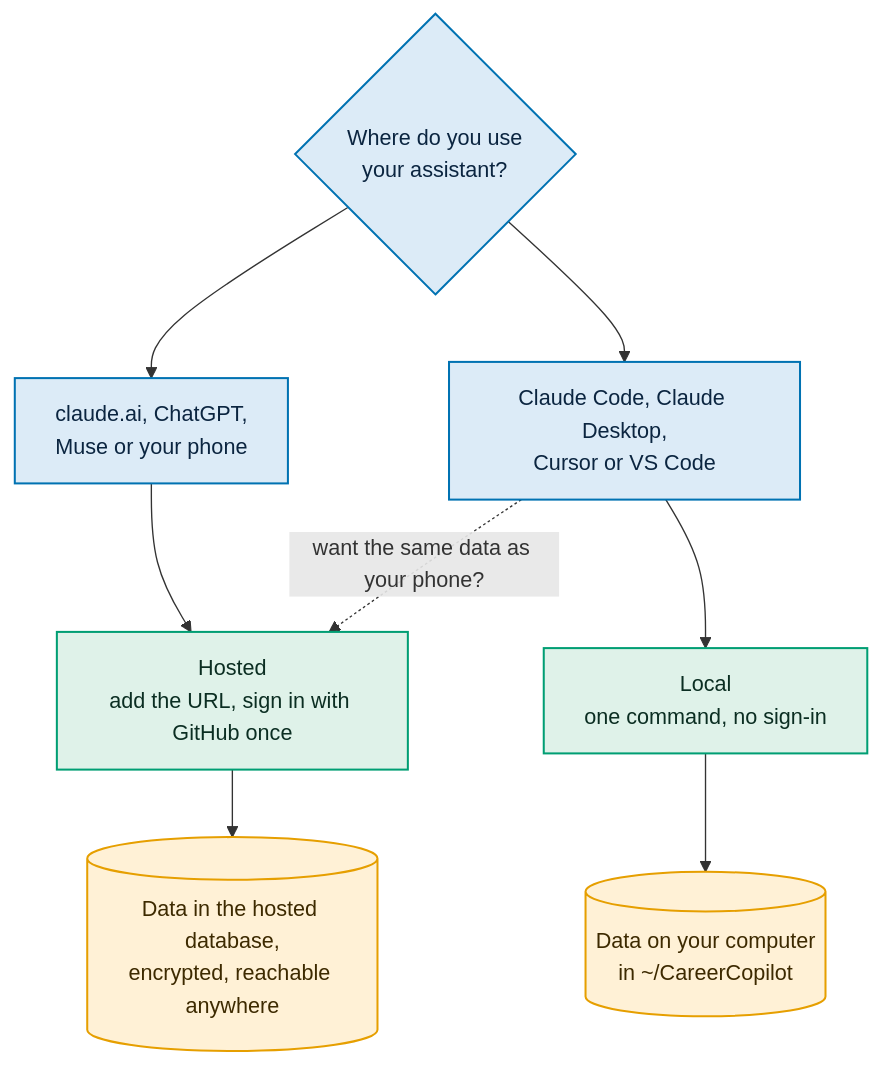
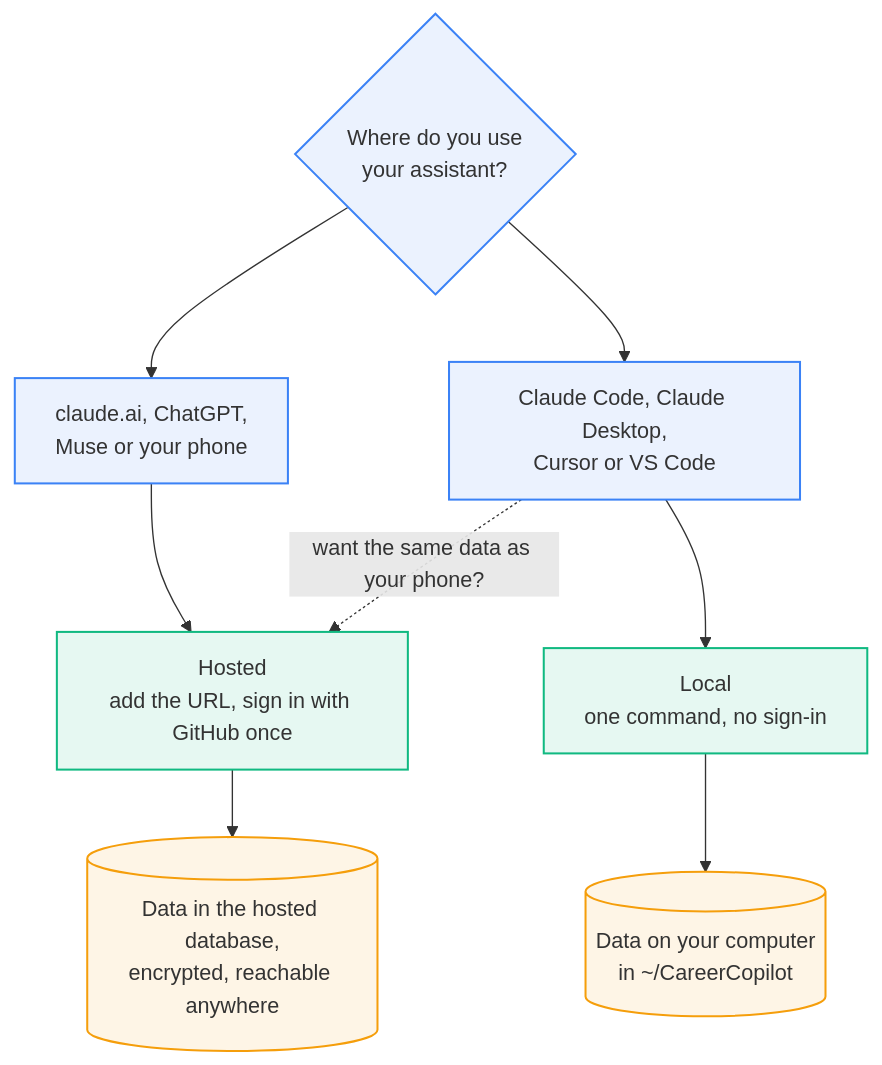
One commit to TusharSamantaray/career-copilot-mcp changed the diagram in docs/CONNECT.md. Above: the diagram before and after it, drawn with Mermaid. The commit also changed 8 other files, not shown here.

First line of the commit message:
docs: diagram palette readable on light and dark backgrounds

````diff
--- a/docs/CONNECT.md
+++ b/docs/CONNECT.md
@@ -7,18 +7,18 @@
 ```mermaid
 flowchart TD
-  classDef person fill:#DCEBF7,stroke:#0072B2,color:#0B2540,stroke-width:1.5px
-  classDef copilot fill:#DFF2E9,stroke:#009E73,color:#0B2E22,stroke-width:1.5px
-  classDef store fill:#FFF1D6,stroke:#E69F00,color:#3D2A00,stroke-width:1.5px
+  classDef person fill:#3B82F61A,stroke:#3B82F6,stroke-width:1.5px
+  classDef copilot fill:#10B9811A,stroke:#10B981,stroke-width:1.5px
+  classDef store fill:#F59E0B1A,stroke:#F59E0B,stroke-width:1.5px
 
   q1{"Where do you use<br/>your assistant?"}:::person
   web["claude.ai, ChatGPT,<br/>Muse or your phone"]:::person
   desk["Claude Code, Claude Desktop,<br/>Cursor or VS Code"]:::person
   hosted["Hosted<br/>add the URL, sign in with GitHub once"]:::copilot
   local["Local<br/>one command, no sign-in"]:::copilot
   hdata[("Data in the hosted database,<br/>encrypted, reachable anywhere")]:::store
   ldata[("Data on your computer<br/>in ~/CareerCopilot")]:::store
 
   q1 --> web --> hosted --> hdata
   q1 --> desk --> local --> ldata
   desk -. "want the same data as your phone?" .-> hosted
 ```
````
